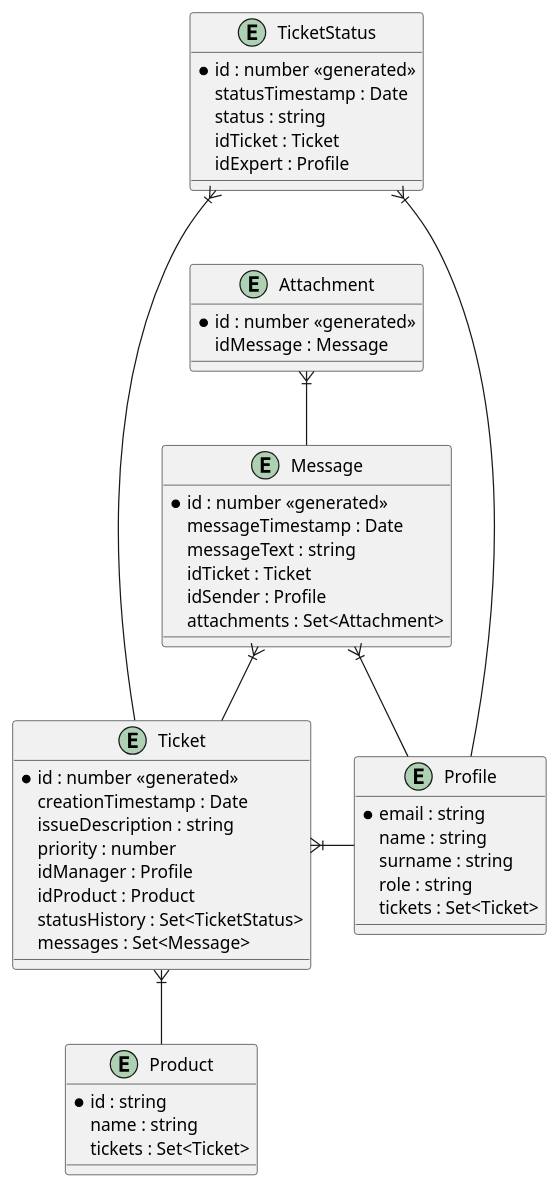
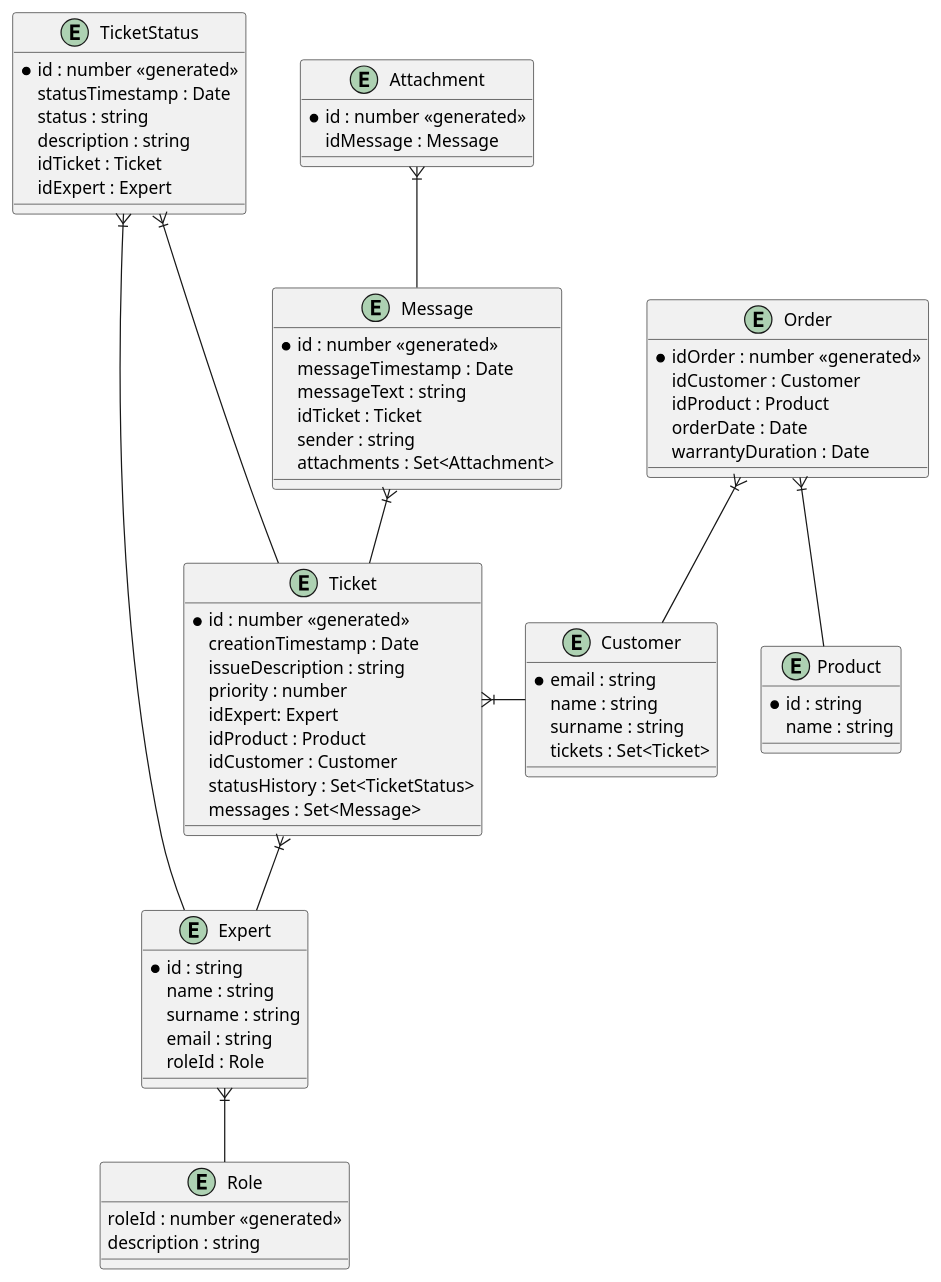
The diagram in docs/schema.md (robsanity/CustomerCareService), drawn with PlantUML before and after one commit. The commit also changed 2 other files, not shown here.

Commit message:
add: api definition document created

````diff
--- a/docs/schema.md
+++ b/docs/schema.md
@@ -1,59 +1,82 @@
 ```plantuml
 @startuml
 entity Ticket {
     *id : number <<generated>>
     creationTimestamp : Date
     issueDescription : string
     priority : number
-    idManager : Profile
+    idExpert: Expert
     idProduct : Product
+    idCustomer : Customer
     statusHistory : Set<TicketStatus>
     messages : Set<Message>
 }
 
-entity Profile {
+entity Customer {
     *email : string
     name : string
     surname : string
-    role : string
     tickets : Set<Ticket>
+}
+
+entity Expert {
+    *id : string 
+    name : string
+    surname : string
+    email : string
+    roleId : Role
+}
+
+entity Role {
+    roleId : number <<generated>>
+    description : string
 }
 
 entity Product {
     *id : string
     name : string
-    tickets : Set<Ticket>
+}
+
+entity Order {
+    *idOrder : number <<generated>>
+    idCustomer : Customer
+    idProduct : Product
+    orderDate : Date
+    warrantyDuration : Date 
 }
 
 entity TicketStatus {
     *id : number <<generated>>
     statusTimestamp : Date
     status : string
+    description : string
     idTicket : Ticket
-    idExpert : Profile
+    idExpert : Expert
 }
 
 entity Message {
     *id : number <<generated>>
     messageTimestamp : Date
     messageText : string
     idTicket : Ticket
-    idSender : Profile
+    sender : string
     attachments : Set<Attachment>
 }
 
 entity Attachment {
     *id : number <<generated>>
     idMessage : Message
 }
 
-Ticket }|- Profile
-Ticket }|-- Product
+Ticket }|- Customer
+Ticket }|-- Expert
 Message }|-- Ticket
-Message }|-- Profile
+Order }|-- Product
+Order }|-- Customer
 Attachment }|-- Message
-TicketStatus }|---- Profile
+TicketStatus }|---- Expert
 TicketStatus }|--- Ticket
+Expert }|-- Role
 
 @enduml
 ```
````
